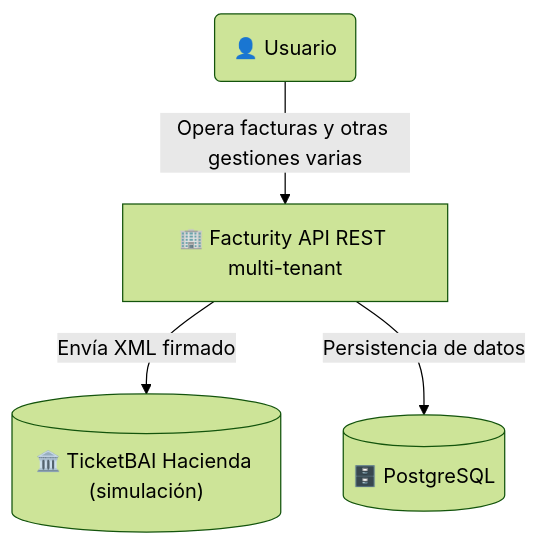
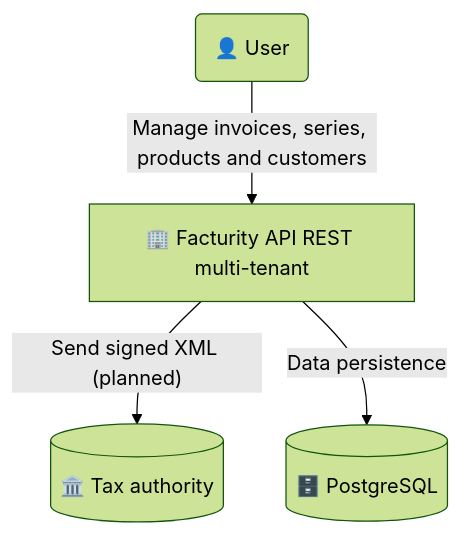
One commit to Enekoitz/Facturity changed the diagram in README.md. Above: the diagram before and after it, drawn with Mermaid (forest theme). The commit also changed other lines of this file, not shown here.

````diff
--- a/README.md
+++ b/README.md
@@ -4,17 +12,17 @@
 ```mermaid
 flowchart TD
-    %% Actores
-    usuario("👤 Usuario")
+    %% Actors
+    user("👤 User")
 
-    %% Sistema
+    %% System
     facturity["🏢 Facturity API REST multi-tenant"]
 
-    %% Externos
-    hacienda[("🏛️ TicketBAI Hacienda (simulación)")]
+    %% External
+    tax-authority[("🏛️ Tax authority")]
     db[("🗄️ PostgreSQL")]
 
-    %% Relaciones
-    usuario -->|Opera facturas y otras gestiones varias| facturity
-    facturity -->|Envía XML firmado| hacienda
-    facturity -->|Persistencia de datos| db
+    %% Relations
+    user -->|Manage invoices, series, products and customers| facturity
+    facturity -->|"Send signed XML (planned)"| tax-authority
+    facturity -->|Data persistence| db
 ```
````
